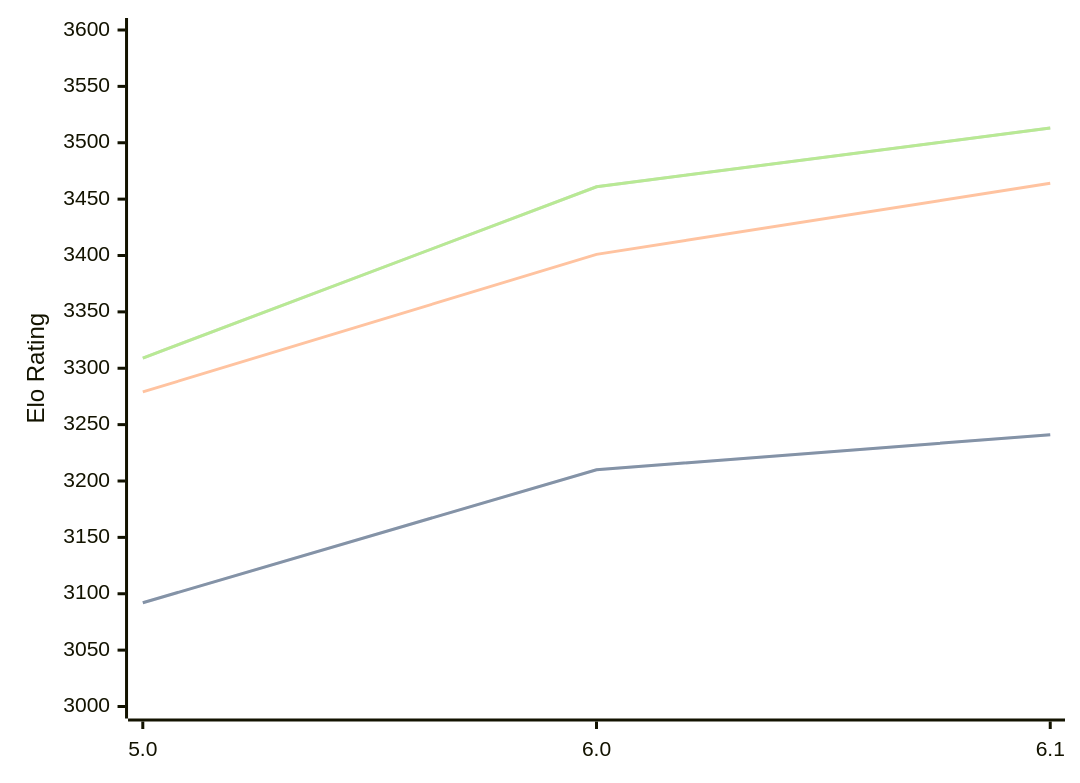
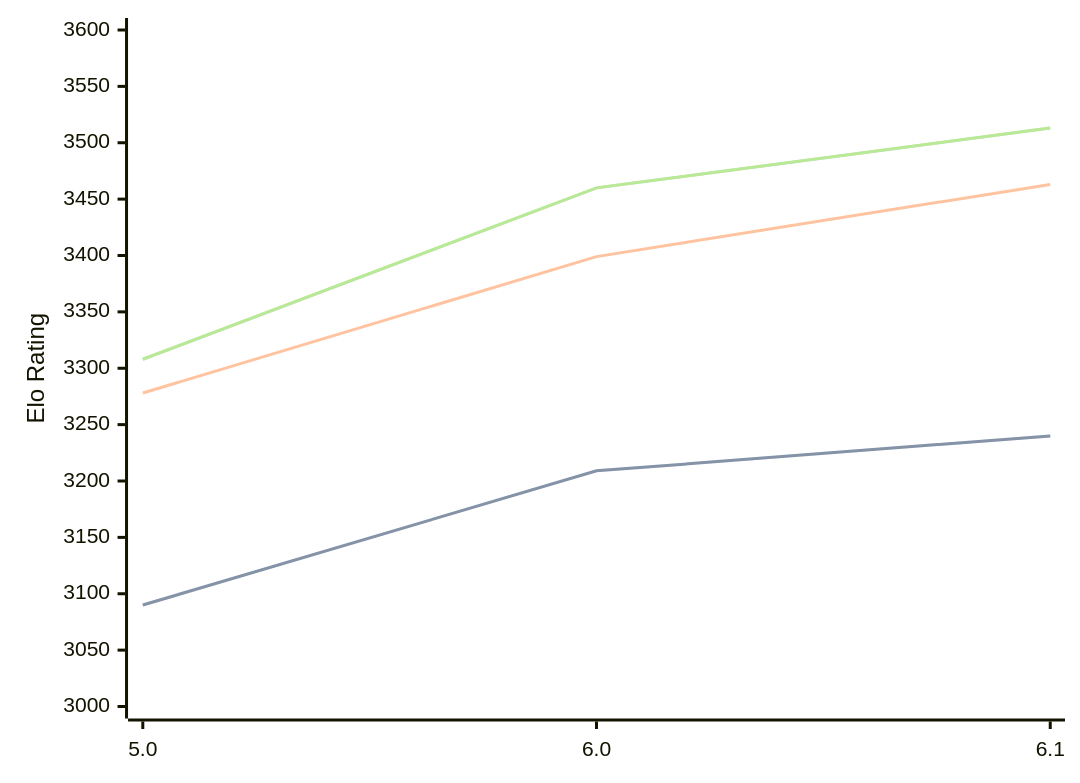
Before and after one commit to computer-chess-index/cci: the diagram in engines/PZChessBot.md, drawn with Mermaid. The commit also changed other lines of this file, not shown here.

Commit message:
Update CCI Ratings (ELO VLTC) - 2026-03-08

````diff
--- a/engines/PZChessBot.md
+++ b/engines/PZChessBot.md
@@ -40,11 +40,11 @@
 ```mermaid
 %%{init: {"theme":"base","themeVariables":{"seriesColors:['#a3a3a3','#222221','#faa371']}}}%%
 xychart-beta
   x-axis ["5.0", "6.0", "6.1"]
   y-axis "Elo Rating" 3000 --> 3600
-  line "STC (8.0+0.08s)" [3092, 3210, 3241]
-  line "STC (8.0+0.08s)" [3092, 3210, 3241]
-  line "LTC (60.0+0.60s)" [3279, 3401, 3464]
-  line "VLTC (2m24s+1.12s)" [3309, 3461, 3513]
-  line "VLTC (2m24s+1.12s)" [3309, 3461, 3513]
+  line "STC (8.0+0.08s)" [3090, 3209, 3240]
+  line "STC (8.0+0.08s)" [3090, 3209, 3240]
+  line "LTC (60.0+0.60s)" [3278, 3399, 3463]
+  line "VLTC (2m24s+1.12s)" [3308, 3460, 3513]
+  line "VLTC (2m24s+1.12s)" [3308, 3460, 3513]
 ```
````
